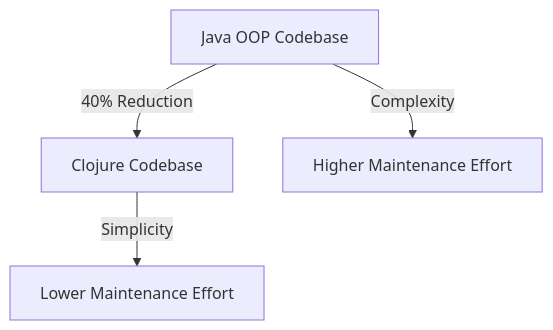
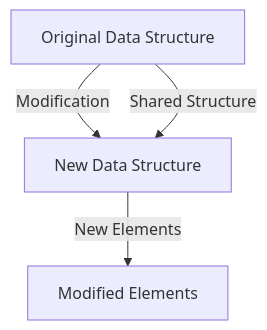
One commit to MasteryEducation/ClojureForJava.com changed the first of 2 diagrams in content/3/19/3/index.md. Above: the diagram before and after it, drawn with Mermaid. The commit also changed other lines of this file and 74 other files, not shown here.

````diff
--- a/content/3/19/3/index.md
+++ b/content/3/19/3/index.md
@@ -143,6 +170,6 @@
 ```mermaid
 graph TD;
-    A[Java OOP Codebase] -->|40% Reduction| B[Clojure Codebase]
-    A -->|Complexity| C[Higher Maintenance Effort]
-    B -->|Simplicity| D[Lower Maintenance Effort]
+    A[Original Data Structure] -->|Modification| B[New Data Structure];
+    A -->|Shared Structure| B;
+    B -->|New Elements| C[Modified Elements];
 ```
````
